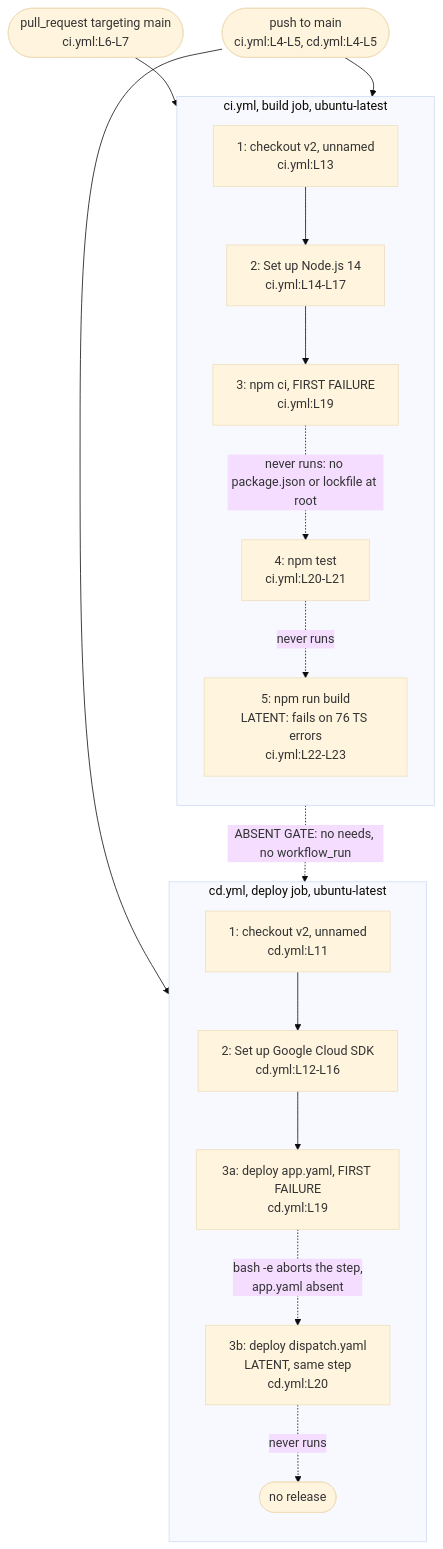
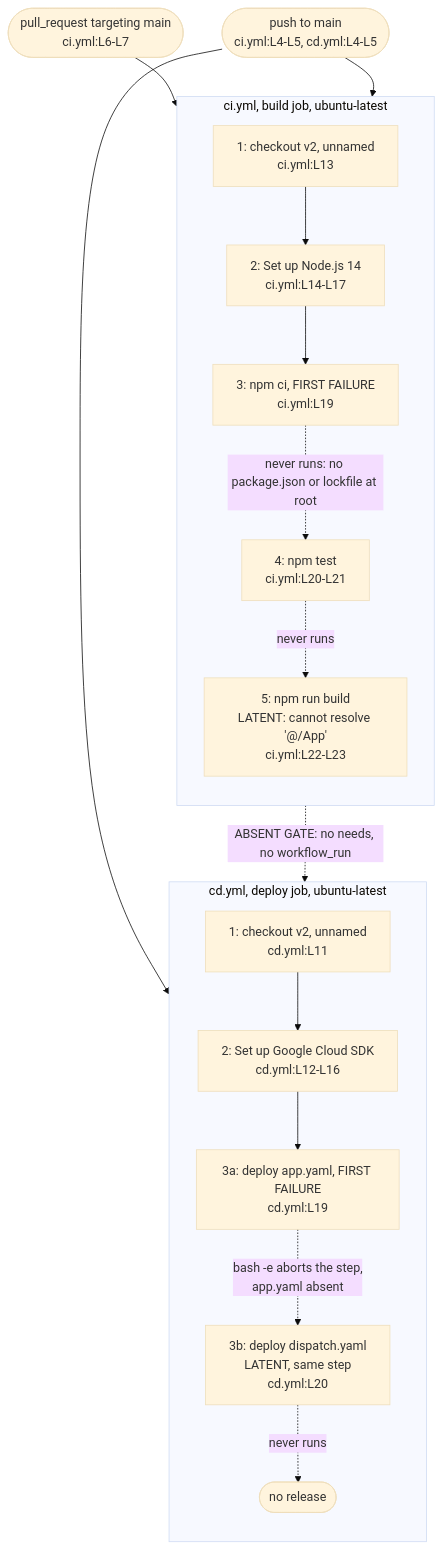
Before and after one commit to blitzy-public-samples/microsoft-word-u33ko0: the diagram in .github/workflows/README.md, drawn with Mermaid (base theme). The commit also changed other lines of this file and 5 other files, not shown here.

````diff
--- a/.github/workflows/README.md
+++ b/.github/workflows/README.md
@@ -96,32 +96,32 @@
 ```mermaid
 flowchart TB
     accTitle: The CI and CD job steps and the first failure in each
     accDescr: A pull request or a push to main starts the ci.yml build job. A push to main also starts the cd.yml deploy job. Solid edges are steps that run in order. Dashed edges mark relationships that cannot complete as committed, and each label names the blocker. No gate connects the two jobs.
     PR(["pull_request targeting main<br/>ci.yml:L6-L7"])
     PUSH(["push to main<br/>ci.yml:L4-L5, cd.yml:L4-L5"])
     subgraph CIJOB["ci.yml, build job, ubuntu-latest"]
         direction TB
         C1["1: checkout v2, unnamed<br/>ci.yml:L13"]
         C2["2: Set up Node.js 14<br/>ci.yml:L14-L17"]
         C3["3: npm ci, FIRST FAILURE<br/>ci.yml:L19"]
         C4["4: npm test<br/>ci.yml:L20-L21"]
-        C5["5: npm run build<br/>LATENT: fails on 76 TS errors<br/>ci.yml:L22-L23"]
+        C5["5: npm run build<br/>LATENT: cannot resolve '@/App'<br/>ci.yml:L22-L23"]
         C1 --> C2 --> C3
         C3 -.->|"never runs: no package.json or lockfile at root"| C4
         C4 -.->|"never runs"| C5
     end
     subgraph CDJOB["cd.yml, deploy job, ubuntu-latest"]
         direction TB
         D1["1: checkout v2, unnamed<br/>cd.yml:L11"]
         D2["2: Set up Google Cloud SDK<br/>cd.yml:L12-L16"]
         D3["3a: deploy app.yaml, FIRST FAILURE<br/>cd.yml:L19"]
         D4["3b: deploy dispatch.yaml<br/>LATENT, same step<br/>cd.yml:L20"]
         D1 --> D2 --> D3
         D3 -.->|"bash -e aborts the step,<br/>app.yaml absent"| D4
         D4 -.->|"never runs"| NONE(["no release"])
     end
     PR --> C1
     PUSH --> C1
     PUSH --> D1
     C5 -.->|"ABSENT GATE: no needs, no workflow_run"| D1
 ```
````
